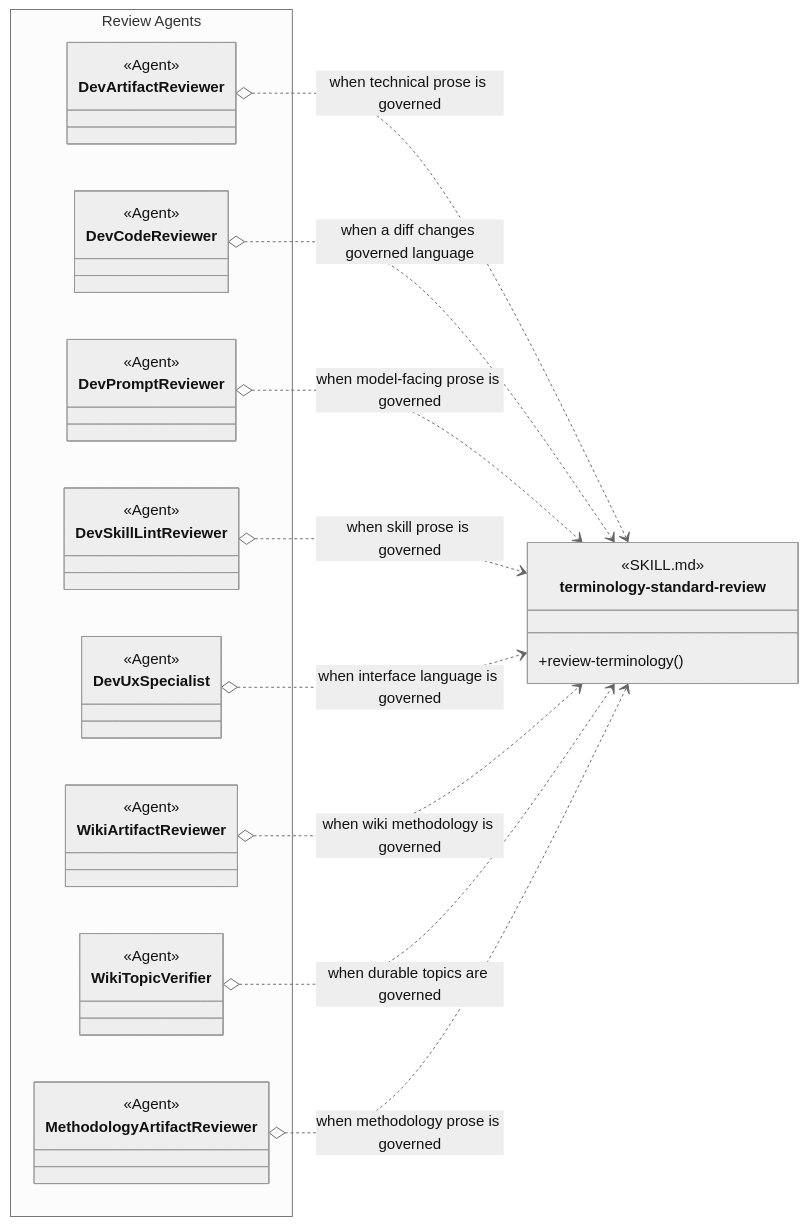
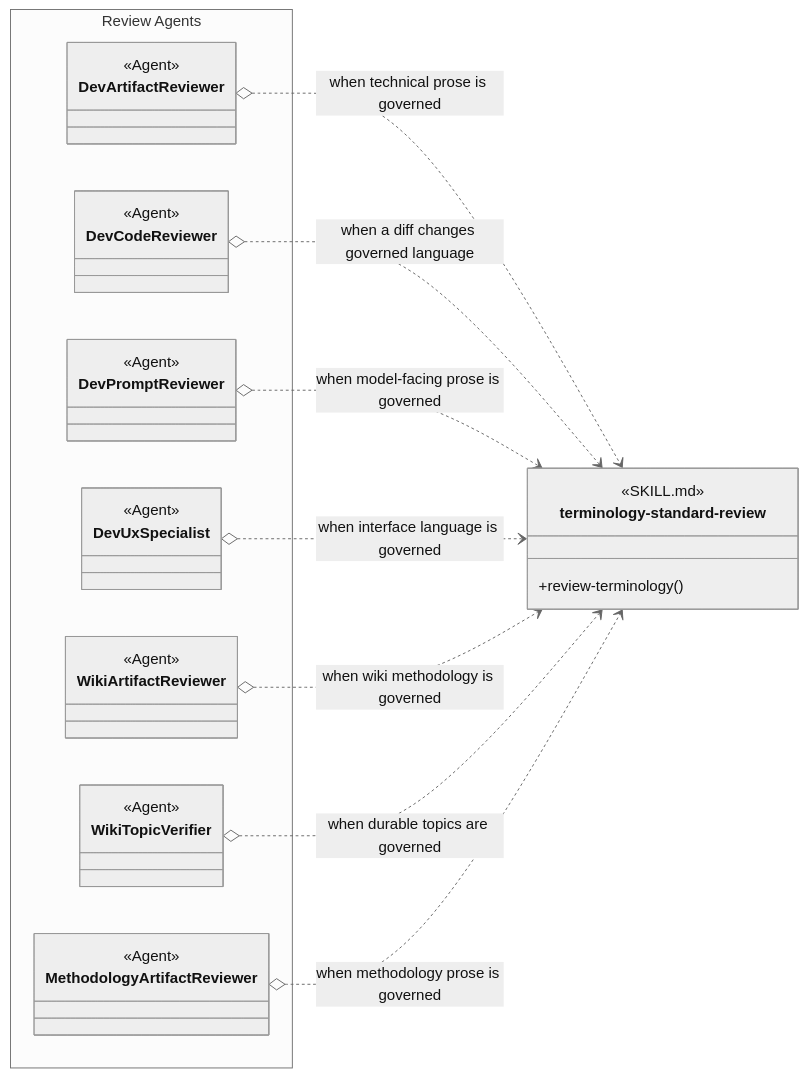
The third of 4 diagrams in design/agents/terminology-standard.md (martinbechard/dev-methodology), drawn with Mermaid (neutral theme) before and after one commit. The commit also changed other lines of this file and 18 other files, not shown here.

````diff
--- a/design/agents/terminology-standard.md
+++ b/design/agents/terminology-standard.md
@@ -98,46 +98,42 @@
 ```mermaid
 classDiagram
     direction LR
 
     namespace ReviewAgents["Review Agents"] {
         class DevArtifactReviewer {
             <<Agent>>
         }
         class DevCodeReviewer {
             <<Agent>>
         }
         class DevPromptReviewer {
-            <<Agent>>
-        }
-        class DevSkillLintReviewer {
             <<Agent>>
         }
         class DevUxSpecialist {
             <<Agent>>
         }
         class WikiArtifactReviewer {
             <<Agent>>
         }
         class WikiTopicVerifier {
             <<Agent>>
         }
         class MethodologyArtifactReviewer {
             <<Agent>>
         }
     }
 
     class terminology-standard-review {
         <<SKILL.md>>
         <<Agent Skill>>
         +review-terminology()
     }
 
     DevArtifactReviewer o..> terminology-standard-review : when technical prose is governed
     DevCodeReviewer o..> terminology-standard-review : when a diff changes governed language
     DevPromptReviewer o..> terminology-standard-review : when model-facing prose is governed
-    DevSkillLintReviewer o..> terminology-standard-review : when skill prose is governed
     DevUxSpecialist o..> terminology-standard-review : when interface language is governed
     WikiArtifactReviewer o..> terminology-standard-review : when wiki methodology is governed
     WikiTopicVerifier o..> terminology-standard-review : when durable topics are governed
     MethodologyArtifactReviewer o..> terminology-standard-review : when methodology prose is governed
 ```
````
